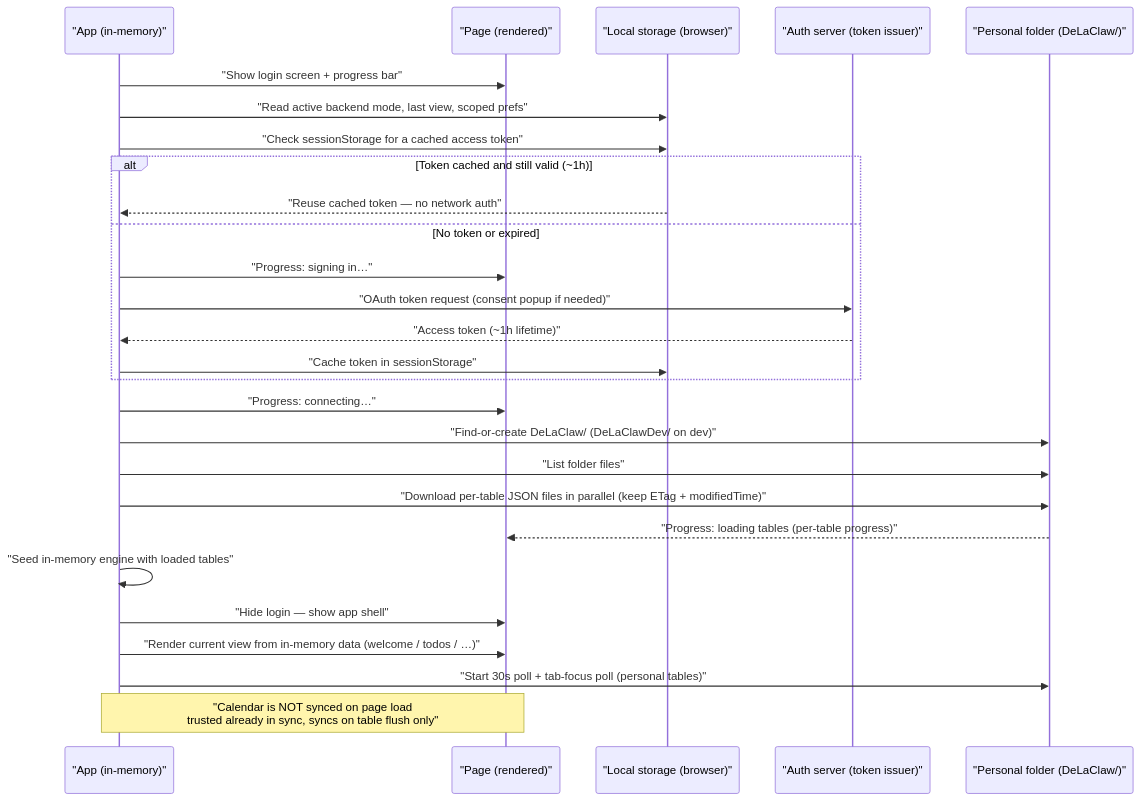
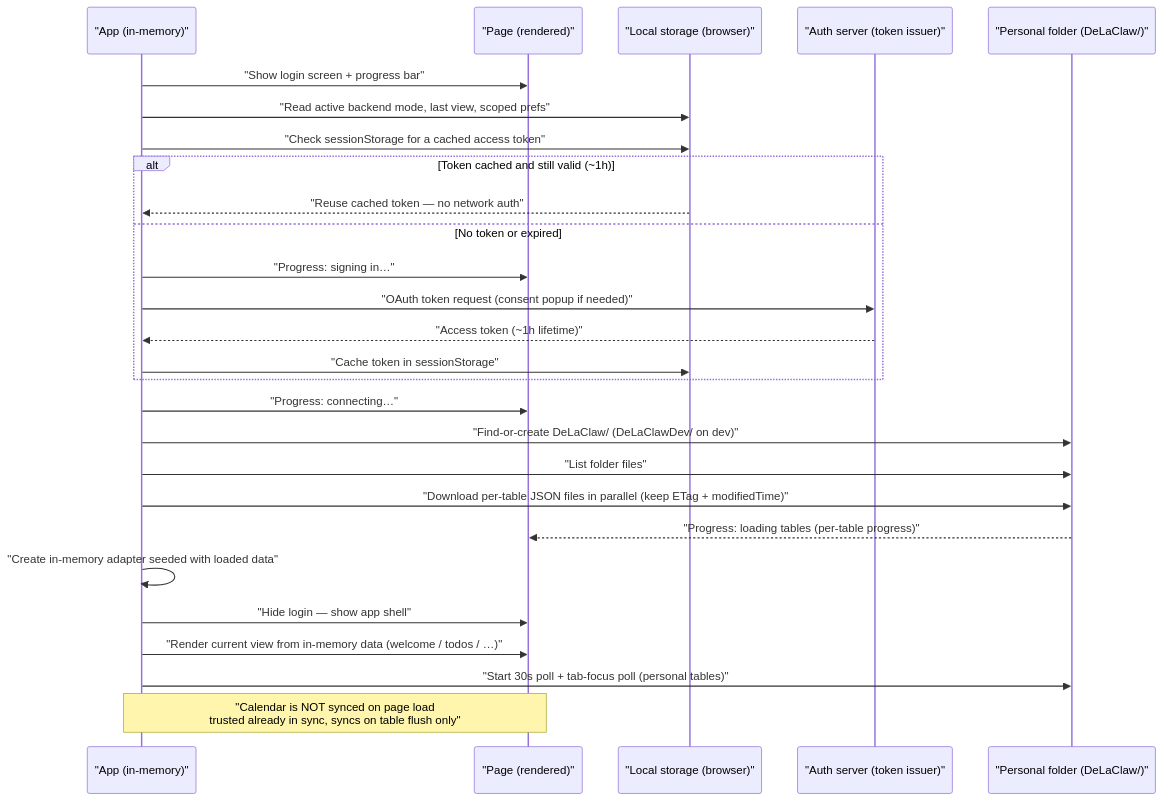
The second of 7 diagrams in docs-site/sync-architecture.md (AntGro/DeLaClaw), drawn with Mermaid before and after one commit. The commit also changed 5 other files, not shown here.

First line of the commit message:
docs(sync): use code wording for in-memory adapter seeding step

````diff
--- a/docs-site/sync-architecture.md
+++ b/docs-site/sync-architecture.md
@@ -52,33 +52,33 @@
 ```mermaid
 sequenceDiagram
     participant App as "App (in-memory)"
     participant Page as "Page (rendered)"
     participant LS as "Local storage (browser)"
     participant Auth as "Auth server (token issuer)"
     participant PF as "Personal folder (DeLaClaw/)"
 
     App->>Page: "Show login screen + progress bar"
     App->>LS: "Read active backend mode, last view, scoped prefs"
     App->>LS: "Check sessionStorage for a cached access token"
 
     alt Token cached and still valid (~1h)
         LS-->>App: "Reuse cached token — no network auth"
     else No token or expired
         App->>Page: "Progress: signing in…"
         App->>Auth: "OAuth token request (consent popup if needed)"
         Auth-->>App: "Access token (~1h lifetime)"
         App->>LS: "Cache token in sessionStorage"
     end
 
     App->>Page: "Progress: connecting…"
     App->>PF: "Find-or-create DeLaClaw/ (DeLaClawDev/ on dev)"
     App->>PF: "List folder files"
     App->>PF: "Download per-table JSON files in parallel (keep ETag + modifiedTime)"
     PF-->>Page: "Progress: loading tables (per-table progress)"
-    App->>App: "Seed in-memory engine with loaded tables"
+    App->>App: "Create in-memory adapter seeded with loaded data"
     App->>Page: "Hide login — show app shell"
     App->>Page: "Render current view from in-memory data (welcome / todos / …)"
     App->>PF: "Start 30s poll + tab-focus poll (personal tables)"
 
     Note over App,Page: "Calendar is NOT synced on page load<br/>trusted already in sync, syncs on table flush only"
 ```
````
